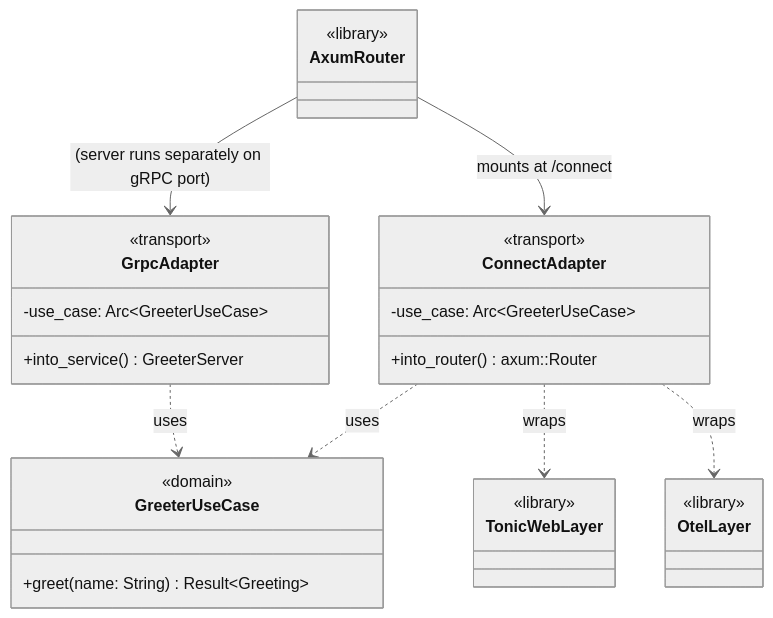
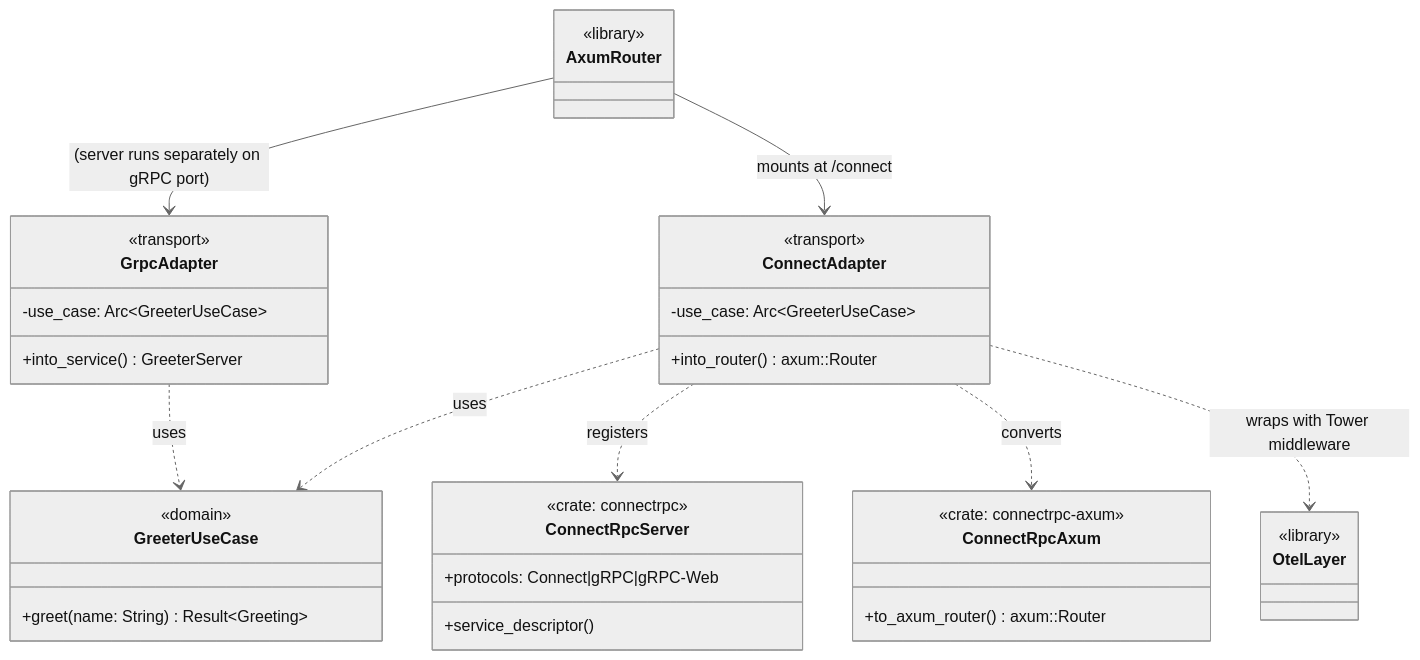
The second of 3 diagrams in .forge/changes/t5-connect-codegen/design.md (b-fontaine/forge), drawn with Mermaid (neutral theme) before and after one commit. The commit also changed other lines of this file and 3 other files, not shown here.

First line of the commit message:
fix(plan): t5-connect-codegen — adopt connectrpc canonical stacks (Rust/Dart/ES) post-Context7 investigation

````diff
--- a/.forge/changes/t5-connect-codegen/design.md
+++ b/.forge/changes/t5-connect-codegen/design.md
@@ -270,33 +323,40 @@
 ```mermaid
 classDiagram
     class GreeterUseCase {
         <<domain>>
         +greet(name: String) Result~Greeting~
     }
     class GrpcAdapter {
         <<transport>>
         -use_case: Arc~GreeterUseCase~
         +into_service() GreeterServer
     }
     class ConnectAdapter {
         <<transport>>
         -use_case: Arc~GreeterUseCase~
         +into_router() axum::Router
     }
-    class TonicWebLayer {
-        <<library>>
+    class ConnectRpcServer {
+        <<crate: connectrpc>>
+        +service_descriptor()
+        +protocols: Connect|gRPC|gRPC-Web
+    }
+    class ConnectRpcAxum {
+        <<crate: connectrpc-axum>>
+        +to_axum_router() axum::Router
     }
     class OtelLayer {
         <<library>>
     }
     class AxumRouter {
         <<library>>
     }
 
     GrpcAdapter ..> GreeterUseCase : uses
     ConnectAdapter ..> GreeterUseCase : uses
-    ConnectAdapter ..> TonicWebLayer : wraps
-    ConnectAdapter ..> OtelLayer : wraps
+    ConnectAdapter ..> ConnectRpcServer : registers
+    ConnectAdapter ..> ConnectRpcAxum : converts
+    ConnectAdapter ..> OtelLayer : wraps with Tower middleware
     AxumRouter --> ConnectAdapter : mounts at /connect
     AxumRouter --> GrpcAdapter : (server runs separately on gRPC port)
 ```
````
